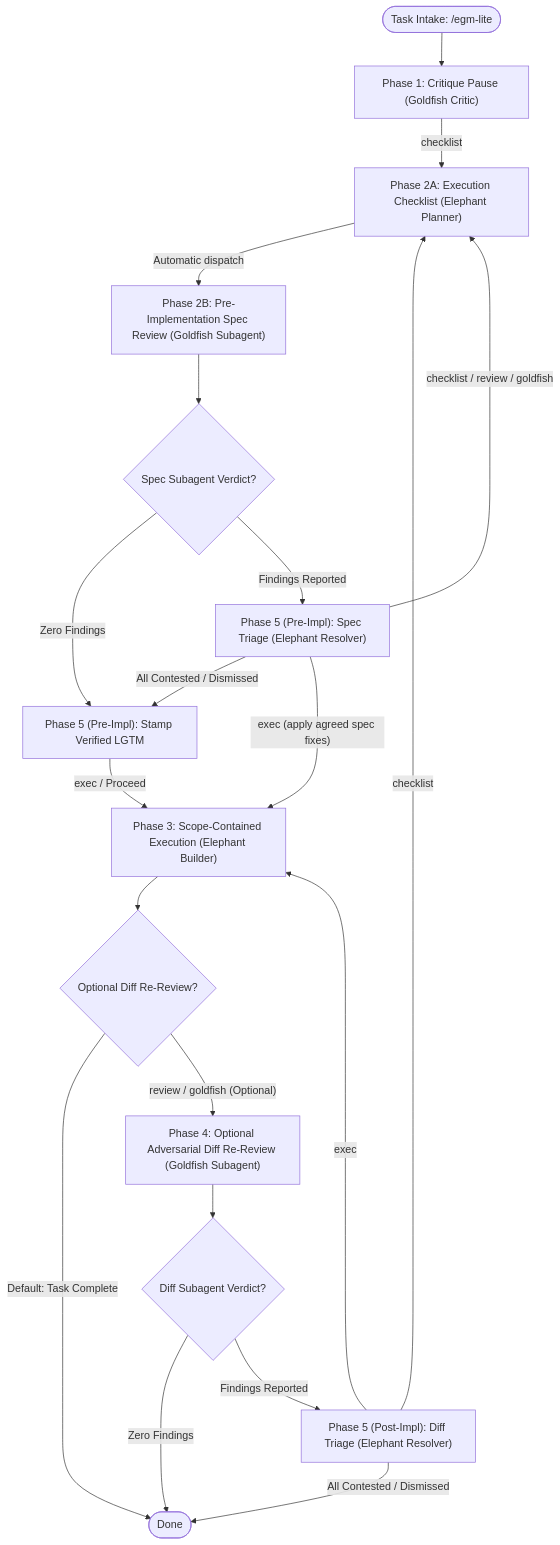
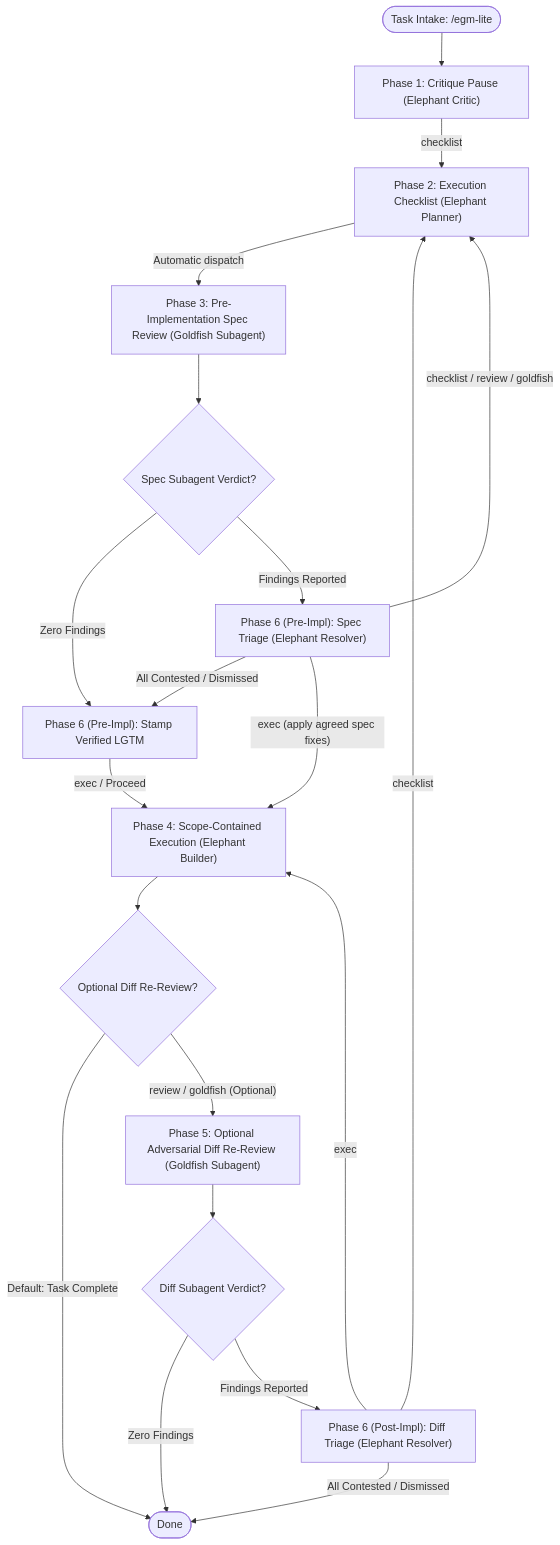
One commit to google/elephant-goldfish-model changed the diagram in docs/designs/lite.md. Above: the diagram before and after it, drawn with Mermaid. The commit also changed other lines of this file, not shown here.

Commit message:
Make Phase 1 an Elephant critique and flatten EGM Lite into six phases

````diff
--- a/docs/designs/lite.md
+++ b/docs/designs/lite.md
@@ -43,22 +43,22 @@
 ```mermaid
 flowchart TD
-    Start([Task Intake: /egm-lite]) --> P1["Phase 1: Critique Pause (Goldfish Critic)"]
-    P1 -- checklist --> P2A["Phase 2A: Execution Checklist (Elephant Planner)"]
-    P2A -- Automatic dispatch --> P2B["Phase 2B: Pre-Implementation Spec Review (Goldfish Subagent)"]
-    P2B --> SpecGate{Spec Subagent Verdict?}
-    SpecGate -- Zero Findings --> SpecLGTM["Phase 5 (Pre-Impl): Stamp Verified LGTM"]
-    SpecGate -- Findings Reported --> P5Spec["Phase 5 (Pre-Impl): Spec Triage (Elephant Resolver)"]
-    P5Spec -- checklist / review / goldfish --> P2A
-    P5Spec -- All Contested / Dismissed --> SpecLGTM
-    P5Spec -- exec (apply agreed spec fixes) --> P3["Phase 3: Scope-Contained Execution (Elephant Builder)"]
-    SpecLGTM -- exec / Proceed --> P3
-    P3 --> PostGate{Optional Diff Re-Review?}
+    Start([Task Intake: /egm-lite]) --> P1["Phase 1: Critique Pause (Elephant Critic)"]
+    P1 -- checklist --> P2["Phase 2: Execution Checklist (Elephant Planner)"]
+    P2 -- Automatic dispatch --> P3["Phase 3: Pre-Implementation Spec Review (Goldfish Subagent)"]
+    P3 --> SpecGate{Spec Subagent Verdict?}
+    SpecGate -- Zero Findings --> SpecLGTM["Phase 6 (Pre-Impl): Stamp Verified LGTM"]
+    SpecGate -- Findings Reported --> P6Spec["Phase 6 (Pre-Impl): Spec Triage (Elephant Resolver)"]
+    P6Spec -- checklist / review / goldfish --> P2
+    P6Spec -- All Contested / Dismissed --> SpecLGTM
+    P6Spec -- exec (apply agreed spec fixes) --> P4["Phase 4: Scope-Contained Execution (Elephant Builder)"]
+    SpecLGTM -- exec / Proceed --> P4
+    P4 --> PostGate{Optional Diff Re-Review?}
     PostGate -- Default: Task Complete --> Done([Done])
-    PostGate -- review / goldfish (Optional) --> P4["Phase 4: Optional Adversarial Diff Re-Review (Goldfish Subagent)"]
-    P4 --> DiffGate{Diff Subagent Verdict?}
+    PostGate -- review / goldfish (Optional) --> P5["Phase 5: Optional Adversarial Diff Re-Review (Goldfish Subagent)"]
+    P5 --> DiffGate{Diff Subagent Verdict?}
     DiffGate -- Zero Findings --> Done
-    DiffGate -- Findings Reported --> P5Diff["Phase 5 (Post-Impl): Diff Triage (Elephant Resolver)"]
-    P5Diff -- checklist --> P2A
-    P5Diff -- exec --> P3
-    P5Diff -- All Contested / Dismissed --> Done
+    DiffGate -- Findings Reported --> P6Diff["Phase 6 (Post-Impl): Diff Triage (Elephant Resolver)"]
+    P6Diff -- checklist --> P2
+    P6Diff -- exec --> P4
+    P6Diff -- All Contested / Dismissed --> Done
 ```
````
